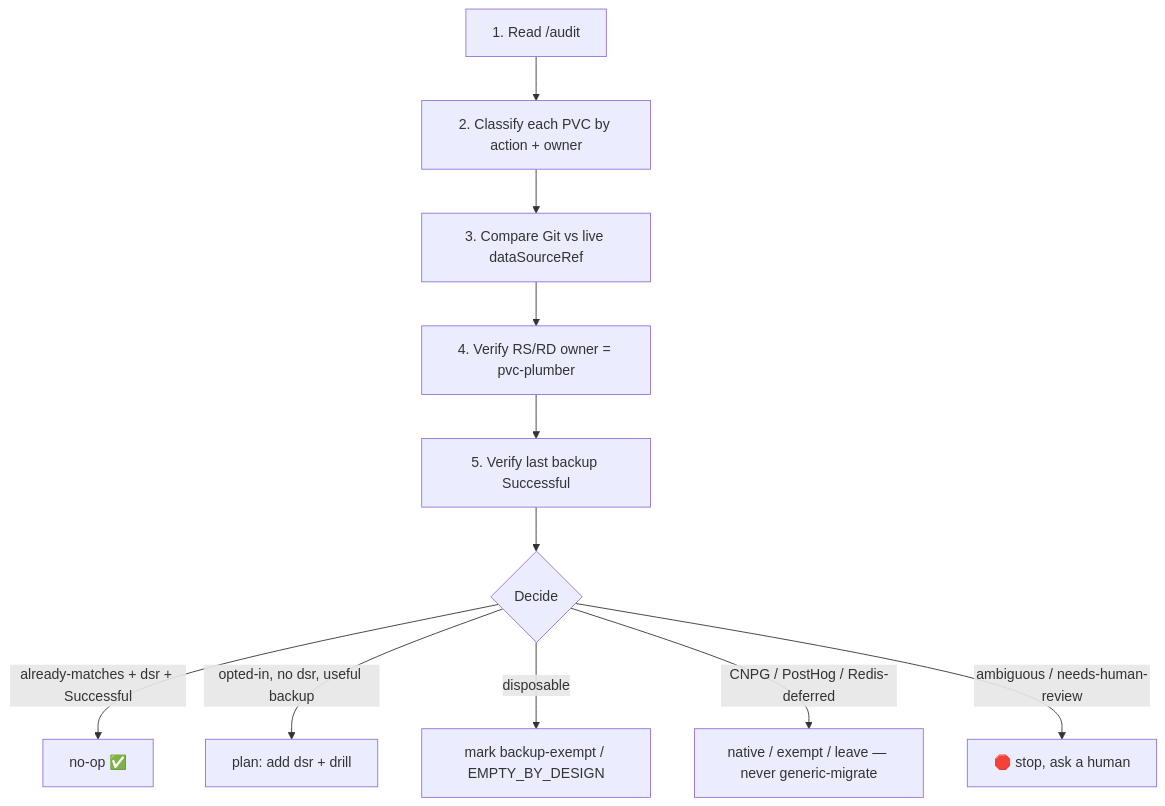
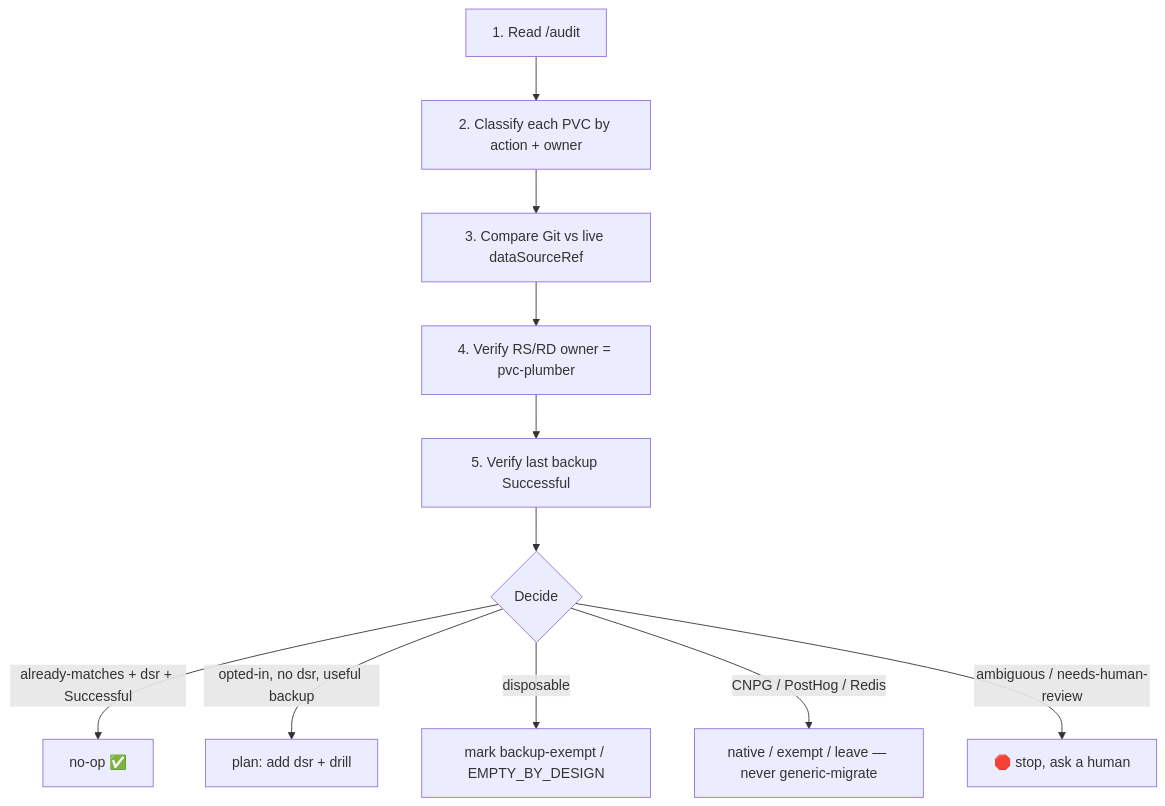
The fourth of 4 diagrams in docs/pvc-plumber-dynamic-workflow.md (mitchross/talos-argocd-proxmox), drawn with Mermaid before and after one commit. The commit also changed other lines of this file and 13 other files, not shown here.

````diff
--- a/docs/pvc-plumber-dynamic-workflow.md
+++ b/docs/pvc-plumber-dynamic-workflow.md
@@ -134,13 +134,13 @@
 ```mermaid
 flowchart TD
     R1[1. Read /audit] --> R2[2. Classify each PVC by action + owner]
     R2 --> R3[3. Compare Git vs live dataSourceRef]
     R3 --> R4[4. Verify RS/RD owner = pvc-plumber]
     R4 --> R5[5. Verify last backup Successful]
     R5 --> D{Decide}
     D -->|already-matches + dsr + Successful| NOP[no-op ✅]
     D -->|opted-in, no dsr, useful backup| MIG[plan: add dsr + drill]
     D -->|disposable| EXM[mark backup-exempt / EMPTY_BY_DESIGN]
-    D -->|CNPG / PostHog / Redis-deferred| NAT[native / exempt / leave — never generic-migrate]
+    D -->|CNPG / PostHog / Redis| NAT[native / exempt / leave — never generic-migrate]
     D -->|ambiguous / needs-human-review| STOP[🛑 stop, ask a human]
 ```
````
